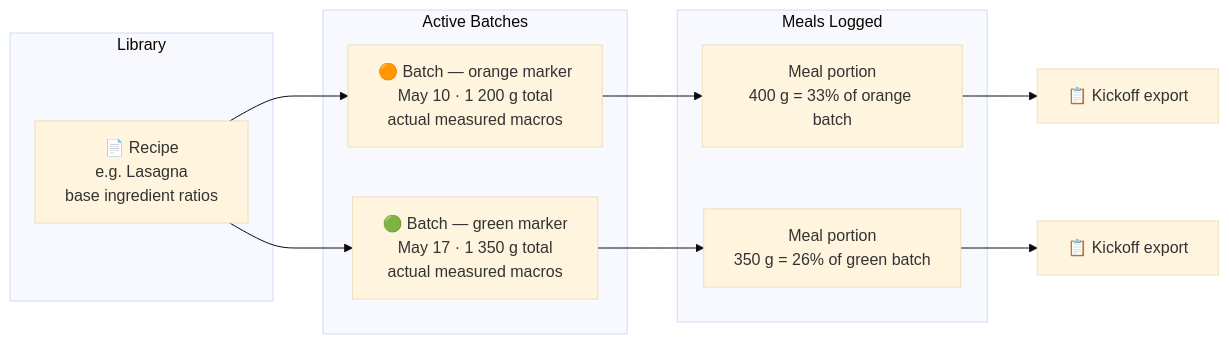
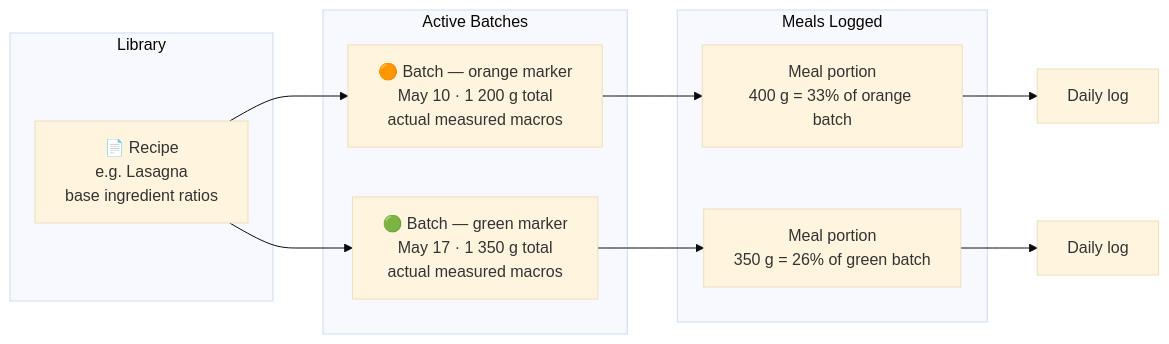
The fourth of 5 diagrams in docs/architecture.md (rickcedwhat/julia-learn), drawn with Mermaid (base theme) before and after one commit. The commit also changed other lines of this file, not shown here.

Commit message:
docs: update architecture for meal logging, save widget, daily log, user goals

````diff
--- a/docs/architecture.md
+++ b/docs/architecture.md
@@ -108,23 +161,23 @@
 ```mermaid
 flowchart LR
     subgraph Library
         R[📄 Recipe\ne.g. Lasagna\nbase ingredient ratios]
     end
 
     subgraph Active Batches
         B1[🟠 Batch — orange marker\nMay 10 · 1 200 g total\nactual measured macros]
         B2[🟢 Batch — green marker\nMay 17 · 1 350 g total\nactual measured macros]
     end
 
     subgraph Meals Logged
         M1[Meal portion\n400 g = 33% of orange batch]
         M2[Meal portion\n350 g = 26% of green batch]
     end
 
     R --> B1
     R --> B2
     B1 --> M1
     B2 --> M2
-    M1 --> E1[📋 Kickoff export]
-    M2 --> E2[📋 Kickoff export]
+    M1 --> E1[Daily log]
+    M2 --> E2[Daily log]
 ```
````
